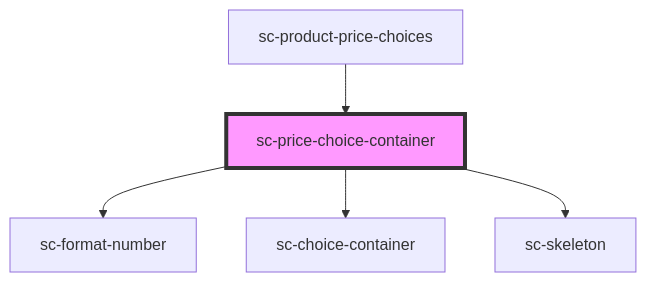
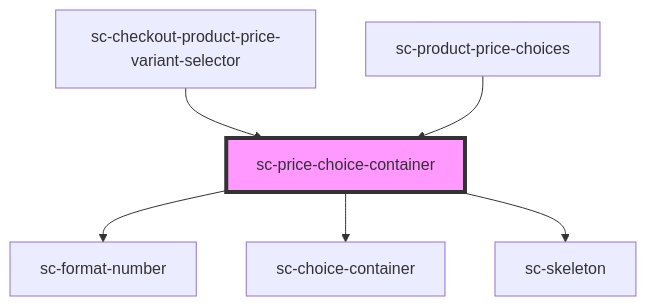
One commit to surecart/surecart-wp-plugin changed the diagram in packages/components/src/components/ui/sc-price-choice-container/readme.md. Above: the diagram before and after it, drawn with Mermaid. The commit also changed other lines of this file and 29 other files, not shown here.

````diff
--- a/packages/components/src/components/ui/sc-price-choice-container/readme.md
+++ b/packages/components/src/components/ui/sc-price-choice-container/readme.md
@@ -43,8 +45,9 @@
 ```mermaid
 graph TD;
   sc-price-choice-container --> sc-format-number
   sc-price-choice-container --> sc-choice-container
   sc-price-choice-container --> sc-skeleton
+  sc-checkout-product-price-variant-selector --> sc-price-choice-container
   sc-product-price-choices --> sc-price-choice-container
   style sc-price-choice-container fill:#f9f,stroke:#333,stroke-width:4px
 ```
````
